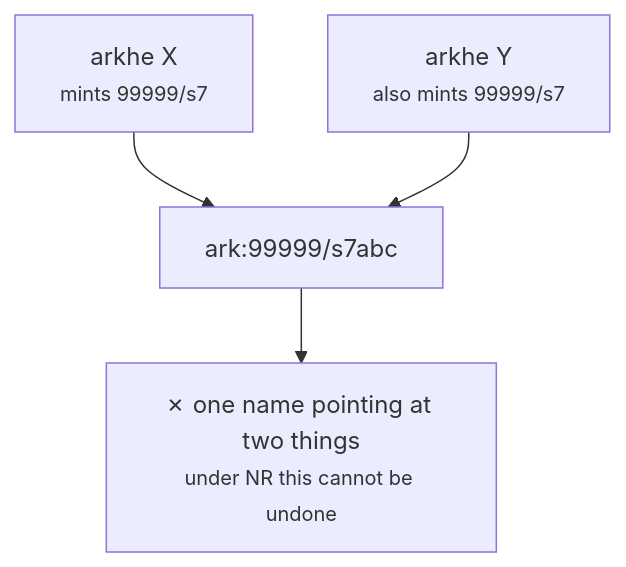
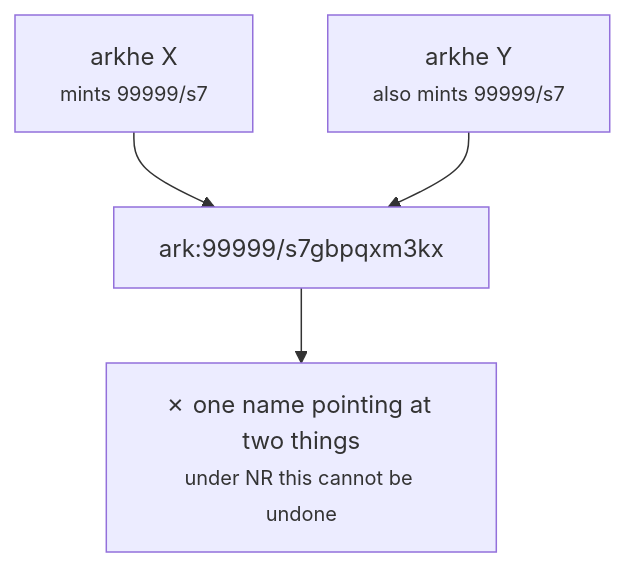
One commit to RCOSDP/arkhe changed diagram 14 of 14 in docs/guides/federation.md. Above: the diagram before and after it, drawn with Mermaid. The commit also changed other lines of this file and 29 other files, not shown here.

````diff
--- a/docs/guides/federation.md
+++ b/docs/guides/federation.md
@@ -538,6 +538,6 @@
 ```mermaid
 flowchart TD
-    X["arkhe X<br/><small>mints 99999/s7</small>"] --> N["ark:99999/s7abc"]
+    X["arkhe X<br/><small>mints 99999/s7</small>"] --> N["ark:99999/s7gbpqxm3kx"]
     Y["arkhe Y<br/><small>also mints 99999/s7</small>"] --> N
     N --> Z["✗ one name pointing at two things<br/><small>under NR this cannot be undone</small>"]
 ```
````
